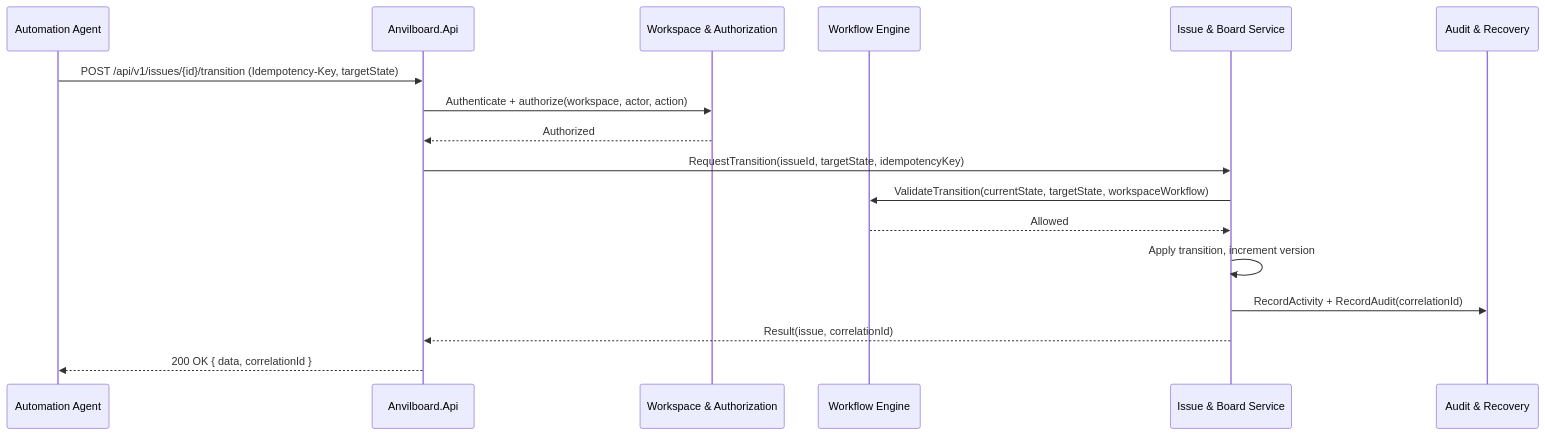
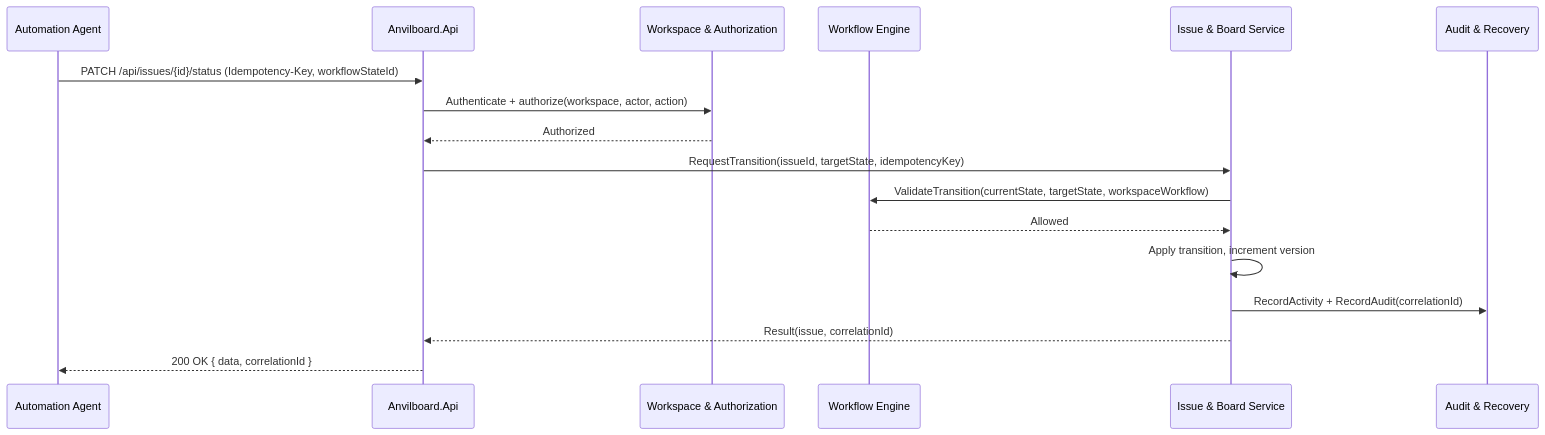
The sixth of 7 diagrams in docs/anvilboard/tech-design.md (sommmen/Anvilboard), drawn with Mermaid before and after one commit. The commit also changed other lines of this file and 60 other files, not shown here.

````diff
--- a/docs/anvilboard/tech-design.md
+++ b/docs/anvilboard/tech-design.md
@@ -444,20 +444,20 @@
 ```mermaid
 sequenceDiagram
     participant Agent as Automation Agent
     participant API as Anvilboard.Api
     participant Auth as Workspace & Authorization
     participant WF as Workflow Engine
     participant Issue as Issue & Board Service
     participant Audit as Audit & Recovery
 
-    Agent->>API: POST /api/v1/issues/{id}/transition (Idempotency-Key, targetState)
+    Agent->>API: PATCH /api/issues/{id}/status (Idempotency-Key, workflowStateId)
     API->>Auth: Authenticate + authorize(workspace, actor, action)
     Auth-->>API: Authorized
     API->>Issue: RequestTransition(issueId, targetState, idempotencyKey)
     Issue->>WF: ValidateTransition(currentState, targetState, workspaceWorkflow)
     WF-->>Issue: Allowed
     Issue->>Issue: Apply transition, increment version
     Issue->>Audit: RecordActivity + RecordAudit(correlationId)
     Issue-->>API: Result(issue, correlationId)
     API-->>Agent: 200 OK { data, correlationId }
 ```
````
